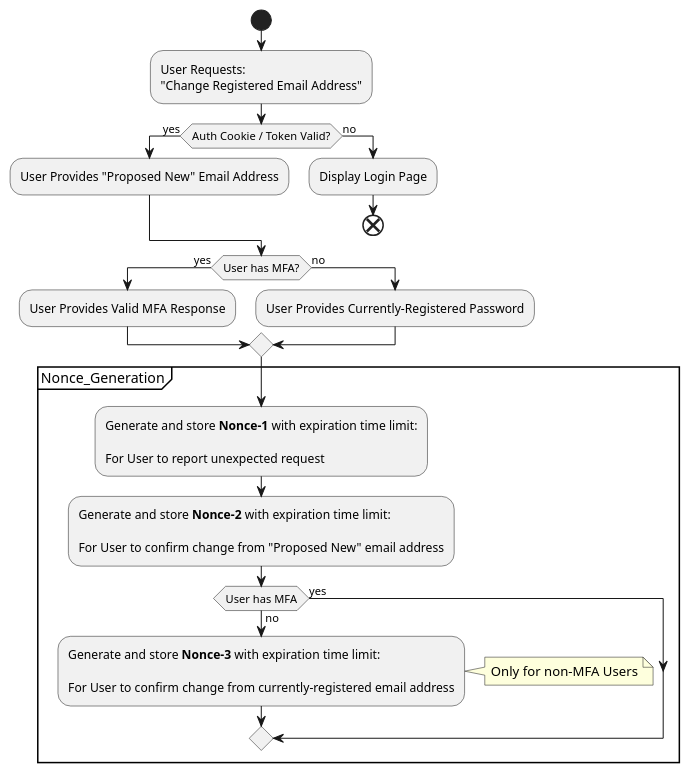
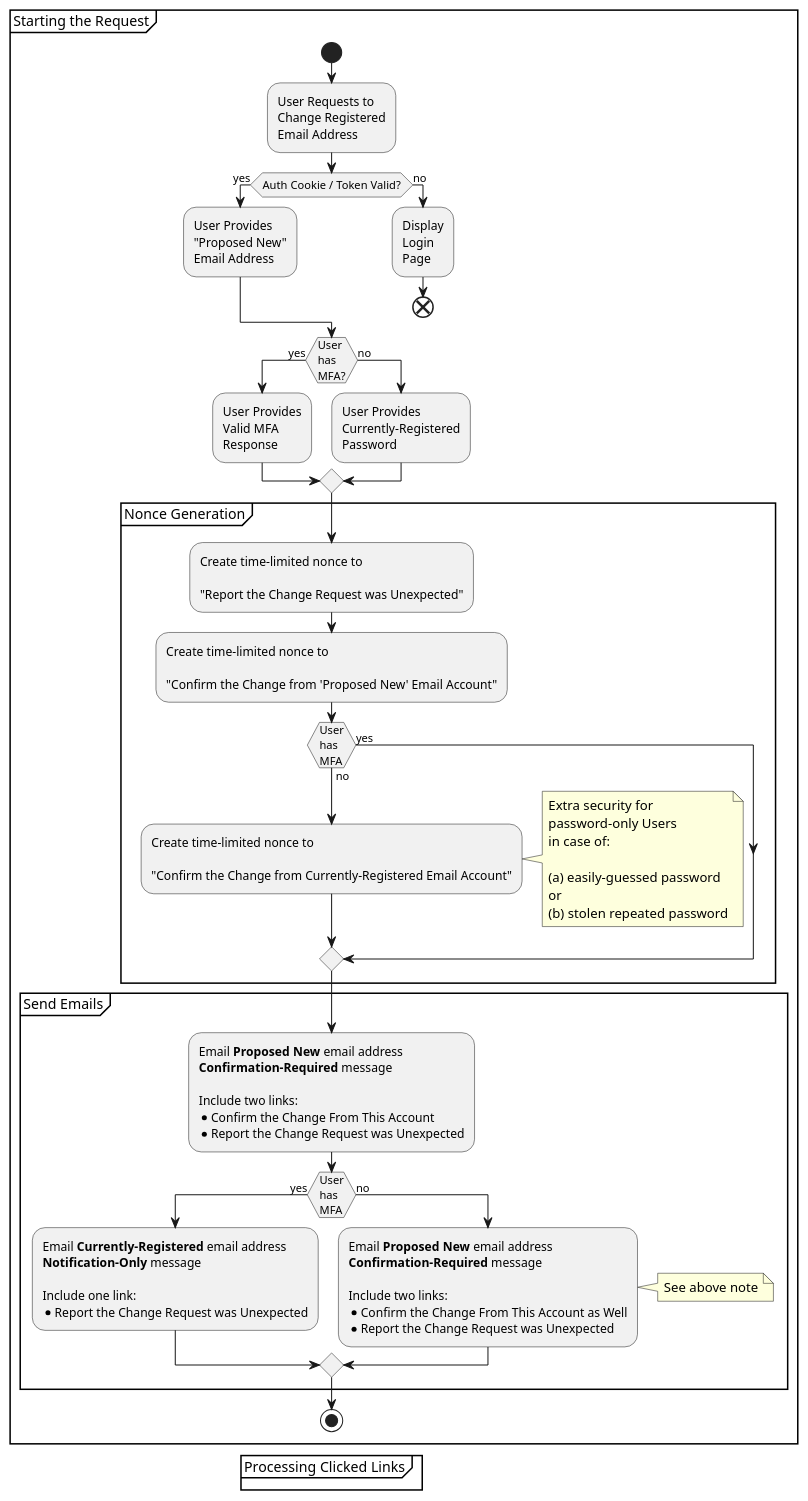
The diagram in assets/files/Changing_Registered_Email_Address_For_An_Account/Changing_Registered_Email_Address_For_An_Account.puml (OWASP/www-community), drawn with PlantUML before and after one commit.

```diff
--- a/assets/files/Changing_Registered_Email_Address_For_An_Account/Changing_Registered_Email_Address_For_An_Account.puml
+++ b/assets/files/Changing_Registered_Email_Address_For_An_Account/Changing_Registered_Email_Address_For_An_Account.puml
@@ -1,30 +1,69 @@
 @startuml
-start
-:User Requests:
-"Change Registered Email Address";
+group Starting the Request
+    start
+    :User Requests to\nChange Registered\nEmail Address;
 
-if (Auth Cookie / Token Valid?) then (yes)
-  :User Provides "Proposed New" Email Address;
-else (no)
-  :Display Login Page;
-  end
-endif
+    if (Auth Cookie / Token Valid?) then (yes)
+    :User Provides\n"Proposed New"\nEmail Address;
+    else (no)
+    :Display\nLogin\nPage;
+    end
+    endif
 
-if (User has MFA?) then (yes)
-    :User Provides Valid MFA Response;
-else (no)
-    :User Provides Currently-Registered Password;
-endif
+    if (User\nhas\nMFA?) then (yes)
+        :User Provides\nValid MFA\nResponse;
+    else (no)
+        :User Provides\nCurrently-Registered\nPassword;
+    endif
 
-partition Nonce_Generation {
-    :Generate and store **Nonce-1** with expiration time limit:\n\nFor User to report unexpected request;
-    :Generate and store **Nonce-2** with expiration time limit:\n\nFor User to confirm change from "Proposed New" email address;
-    if (User has MFA) then (yes)
-    else (no)
-    :Generate and store **Nonce-3** with expiration time limit:\n\nFor User to confirm change from currently-registered email address;
-    note right
-        Only for non-MFA Users
-    end note
-    endif
-}
+    partition "Nonce Generation" {
+        :Create time-limited nonce to\n\n"Report the Change Request was Unexpected";
+        :Create time-limited nonce to\n\n"Confirm the Change from 'Proposed New' Email Account";
+        
+        if (User\nhas\nMFA) then (yes)
+        else (no)
+            :Create time-limited nonce to\n\n"Confirm the Change from Currently-Registered Email Account";
+            note right
+                Extra security for 
+                password-only Users 
+                in case of:
+                
+                (a) easily-guessed password
+                or
+                (b) stolen repeated password
+            end note
+        endif
+    }
+    partition "Send Emails" {
+        :Email **Proposed New** email address 
+        **Confirmation-Required** message
+
+        Include two links:
+        * Confirm the Change From This Account
+        * Report the Change Request was Unexpected;
+
+        if (User\nhas\nMFA) then (yes)
+            :Email **Currently-Registered** email address
+            **Notification-Only** message
+            
+            Include one link:
+            * Report the Change Request was Unexpected;
+        else (no)
+            :Email **Proposed New** email address 
+            **Confirmation-Required** message
+
+            Include two links:
+            * Confirm the Change From This Account as Well
+            * Report the Change Request was Unexpected;
+
+            note right
+                See above note
+            end note
+        endif
+    }
+    stop
+end group
+
+group Processing Clicked Links
+end group
 @enduml
```
